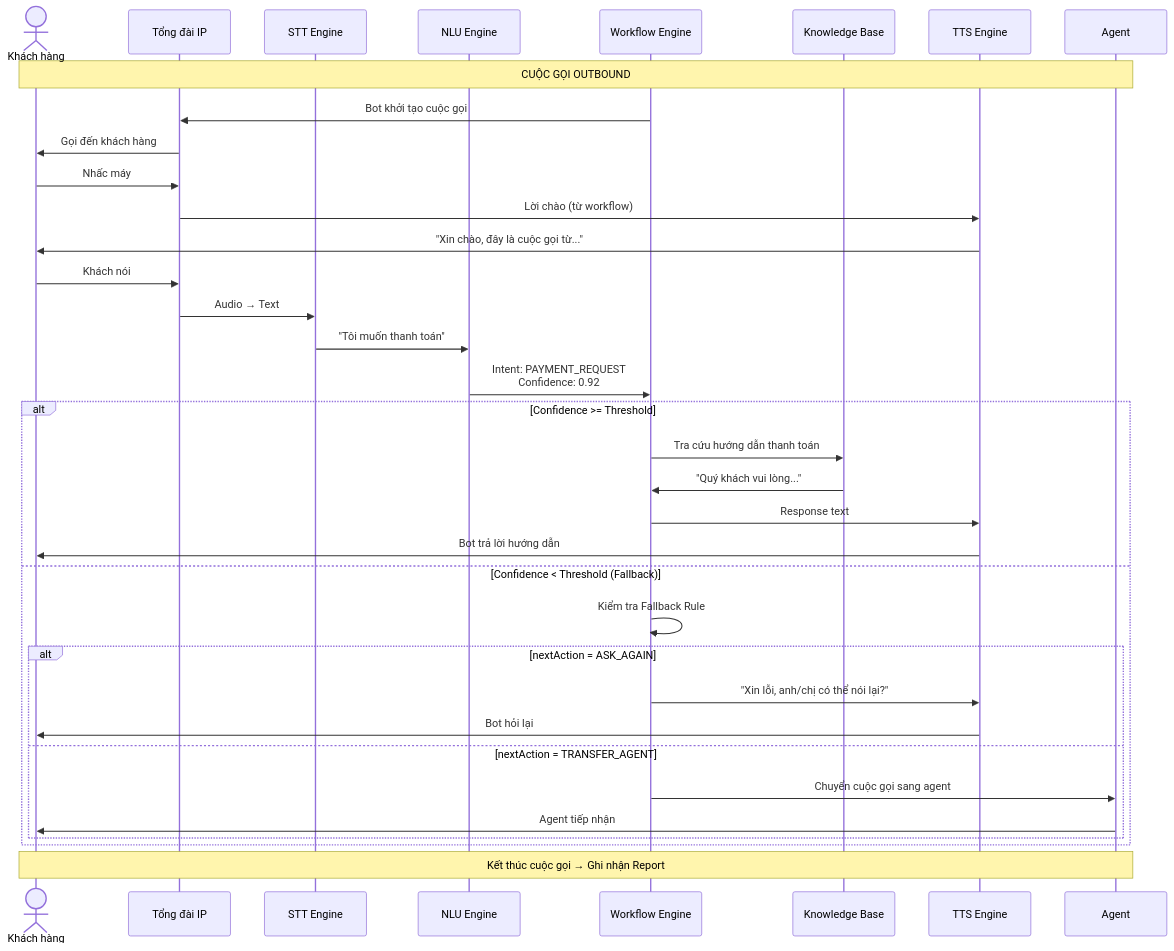
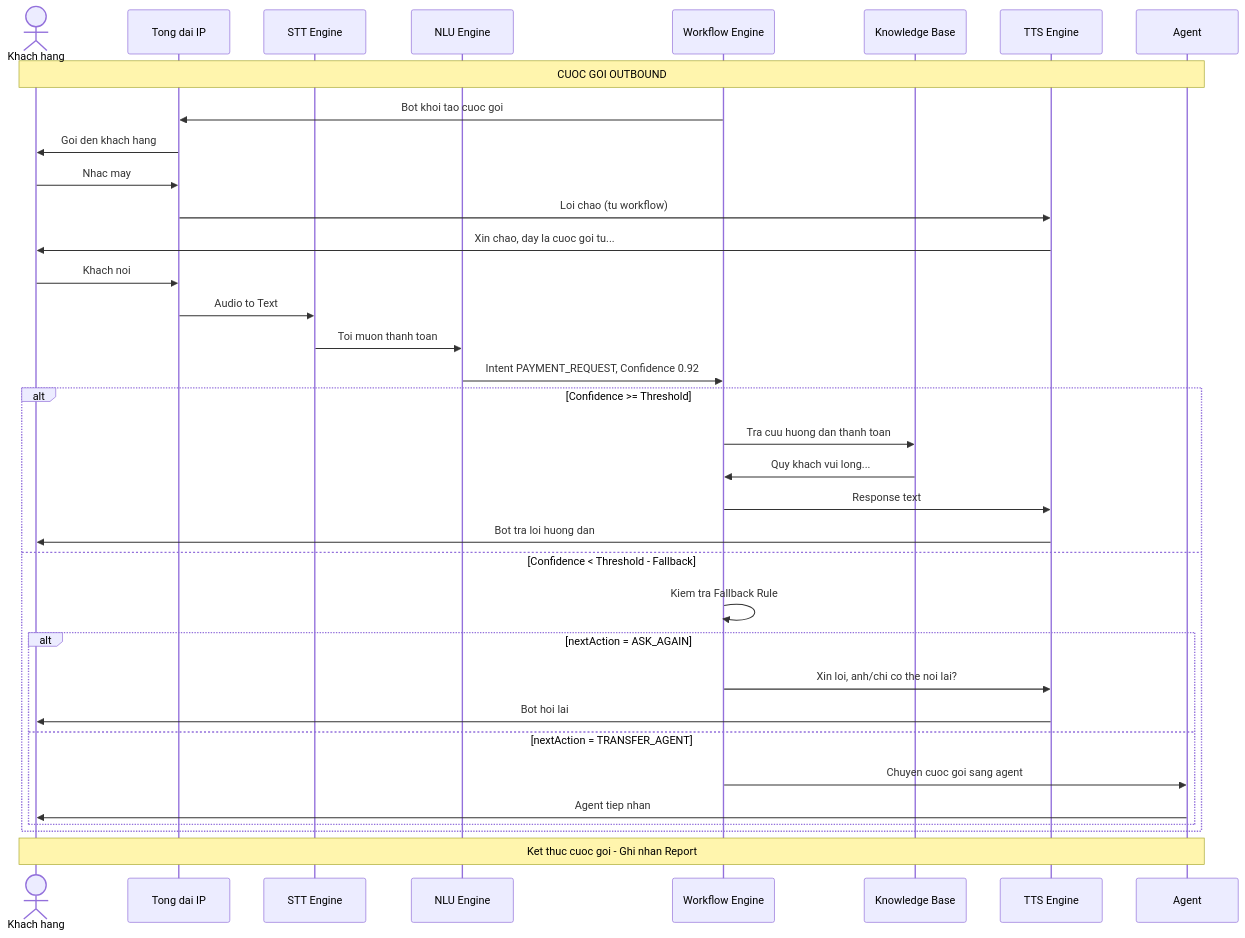
Before and after one commit to salaghati/AI_Voicebot-UI-UX: the second of 8 diagrams in BUSINESS_DOCUMENTATION.md, drawn with Mermaid. The commit also changed other lines of this file, not shown here.

First line of the commit message:
Fix Mermaid diagrams: remove emoji and Vietnamese diacritics from node labels

````diff
--- a/BUSINESS_DOCUMENTATION.md
+++ b/BUSINESS_DOCUMENTATION.md
@@ -186,43 +186,43 @@
 ```mermaid
 sequenceDiagram
-    actor KH as Khách hàng
-    participant PBX as Tổng đài IP
+    actor KH as Khach hang
+    participant PBX as Tong dai IP
     participant STT as STT Engine
     participant NLU as NLU Engine
     participant WF as Workflow Engine
     participant KB as Knowledge Base
     participant TTS as TTS Engine
     participant AGT as Agent
 
-    Note over KH,AGT: CUỘC GỌI OUTBOUND
+    Note over KH,AGT: CUOC GOI OUTBOUND
 
-    WF->>PBX: Bot khởi tạo cuộc gọi
-    PBX->>KH: Gọi đến khách hàng
-    KH->>PBX: Nhấc máy
+    WF->>PBX: Bot khoi tao cuoc goi
+    PBX->>KH: Goi den khach hang
+    KH->>PBX: Nhac may
     
-    PBX->>TTS: Lời chào (từ workflow)
-    TTS->>KH: "Xin chào, đây là cuộc gọi từ..."
+    PBX->>TTS: Loi chao (tu workflow)
+    TTS->>KH: Xin chao, day la cuoc goi tu...
 
-    KH->>PBX: Khách nói
-    PBX->>STT: Audio → Text
-    STT->>NLU: "Tôi muốn thanh toán"
-    NLU->>WF: Intent: PAYMENT_REQUEST<br/>Confidence: 0.92
+    KH->>PBX: Khach noi
+    PBX->>STT: Audio to Text
+    STT->>NLU: Toi muon thanh toan
+    NLU->>WF: Intent PAYMENT_REQUEST, Confidence 0.92
 
     alt Confidence >= Threshold
-        WF->>KB: Tra cứu hướng dẫn thanh toán
-        KB->>WF: "Quý khách vui lòng..."
+        WF->>KB: Tra cuu huong dan thanh toan
+        KB->>WF: Quy khach vui long...
         WF->>TTS: Response text
-        TTS->>KH: Bot trả lời hướng dẫn
-    else Confidence < Threshold (Fallback)
-        WF->>WF: Kiểm tra Fallback Rule
+        TTS->>KH: Bot tra loi huong dan
+    else Confidence < Threshold - Fallback
+        WF->>WF: Kiem tra Fallback Rule
         alt nextAction = ASK_AGAIN
-            WF->>TTS: "Xin lỗi, anh/chị có thể nói lại?"
-            TTS->>KH: Bot hỏi lại
+            WF->>TTS: Xin loi, anh/chi co the noi lai?
+            TTS->>KH: Bot hoi lai
         else nextAction = TRANSFER_AGENT
-            WF->>AGT: Chuyển cuộc gọi sang agent
-            AGT->>KH: Agent tiếp nhận
+            WF->>AGT: Chuyen cuoc goi sang agent
+            AGT->>KH: Agent tiep nhan
         end
     end
 
-    Note over KH,AGT: Kết thúc cuộc gọi → Ghi nhận Report
+    Note over KH,AGT: Ket thuc cuoc goi - Ghi nhan Report
 ```
````
